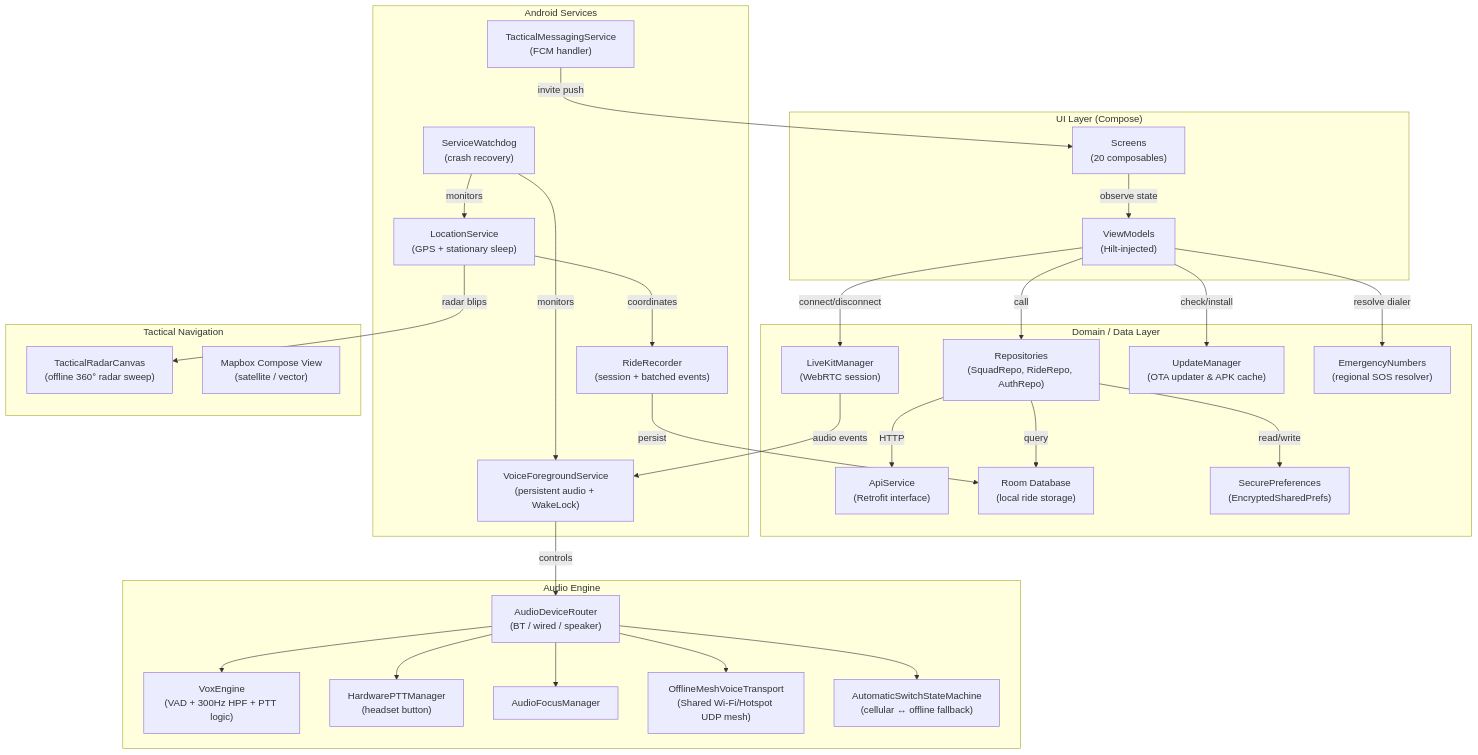
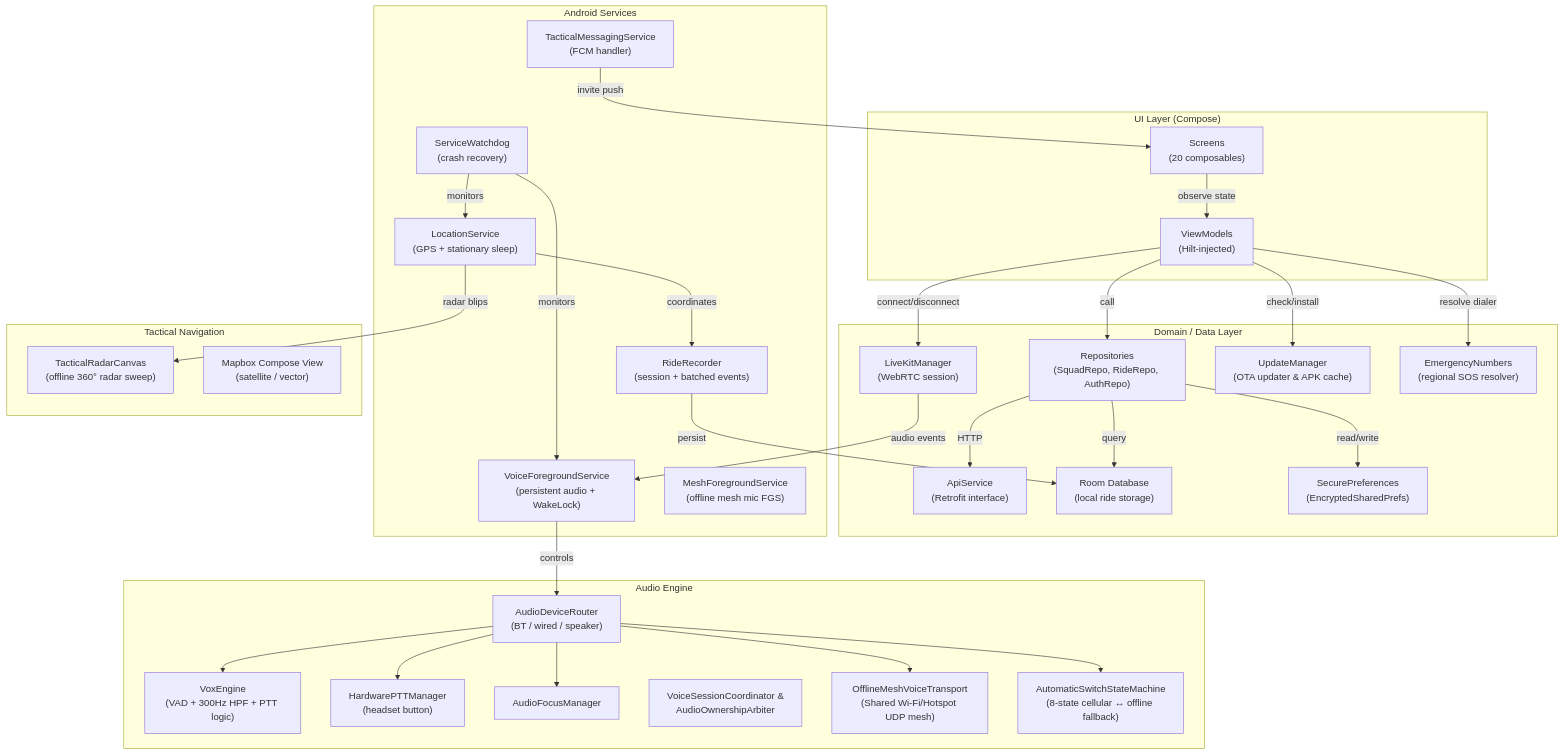
One commit to BuzyU/Rider_APP changed the second of 7 diagrams in ARCHITECTURE.md. Above: the diagram before and after it, drawn with Mermaid. The commit also changed other lines of this file and 17 other files, not shown here.

Commit message:
docs: synchronize README, architecture, release notes, and mesh specs with v2.0 codebase and clean up ticket comments

````diff
--- a/ARCHITECTURE.md
+++ b/ARCHITECTURE.md
@@ -55,61 +55,63 @@
 ```mermaid
 graph TB
     subgraph UI["UI Layer (Compose)"]
         Screens["Screens\n(20 composables)"]
         VMs["ViewModels\n(Hilt-injected)"]
     end
 
     subgraph Domain["Domain / Data Layer"]
         Repos["Repositories\n(SquadRepo, RideRepo, AuthRepo)"]
         ApiSvc["ApiService\n(Retrofit interface)"]
         LKMgr["LiveKitManager\n(WebRTC session)"]
         RoomDB["Room Database\n(local ride storage)"]
         SecPrefs["SecurePreferences\n(EncryptedSharedPrefs)"]
         UpdateMgr["UpdateManager\n(OTA updater & APK cache)"]
         EmergNum["EmergencyNumbers\n(regional SOS resolver)"]
     end
 
     subgraph Services["Android Services"]
         VoiceSvc["VoiceForegroundService\n(persistent audio + WakeLock)"]
+        MeshSvc["MeshForegroundService\n(offline mesh mic FGS)"]
         LocSvc["LocationService\n(GPS + stationary sleep)"]
         RideRec["RideRecorder\n(session + batched events)"]
         MsgSvc["TacticalMessagingService\n(FCM handler)"]
         Watchdog["ServiceWatchdog\n(crash recovery)"]
     end
 
     subgraph Audio["Audio Engine"]
         AudioRouter["AudioDeviceRouter\n(BT / wired / speaker)"]
         VoxEngine["VoxEngine\n(VAD + 300Hz HPF + PTT logic)"]
         PTT["HardwarePTTManager\n(headset button)"]
         AudioFocus["AudioFocusManager"]
+        Coord["VoiceSessionCoordinator &\nAudioOwnershipArbiter"]
         Mesh["OfflineMeshVoiceTransport\n(Shared Wi-Fi/Hotspot UDP mesh)"]
-        Handoff["AutomaticSwitchStateMachine\n(cellular ↔ offline fallback)"]
+        Handoff["AutomaticSwitchStateMachine\n(8-state cellular ↔ offline fallback)"]
     end
 
     subgraph NavHUD["Tactical Navigation"]
         RadarHUD["TacticalRadarCanvas\n(offline 360° radar sweep)"]
         MapboxHUD["Mapbox Compose View\n(satellite / vector)"]
     end
 
     Screens -- "observe state" --> VMs
     VMs -- "call" --> Repos
     Repos -- "HTTP" --> ApiSvc
     Repos -- "query" --> RoomDB
     Repos -- "read/write" --> SecPrefs
     VMs -- "connect/disconnect" --> LKMgr
     VMs -- "check/install" --> UpdateMgr
     VMs -- "resolve dialer" --> EmergNum
     LKMgr -- "audio events" --> VoiceSvc
     VoiceSvc -- "controls" --> AudioRouter
     AudioRouter --> VoxEngine
     AudioRouter --> PTT
     AudioRouter --> AudioFocus
     AudioRouter --> Mesh
     AudioRouter --> Handoff
     LocSvc -- "coordinates" --> RideRec
     LocSvc -- "radar blips" --> RadarHUD
     RideRec -- "persist" --> RoomDB
     MsgSvc -- "invite push" --> Screens
     Watchdog -- "monitors" --> VoiceSvc
     Watchdog -- "monitors" --> LocSvc
 ```
````
